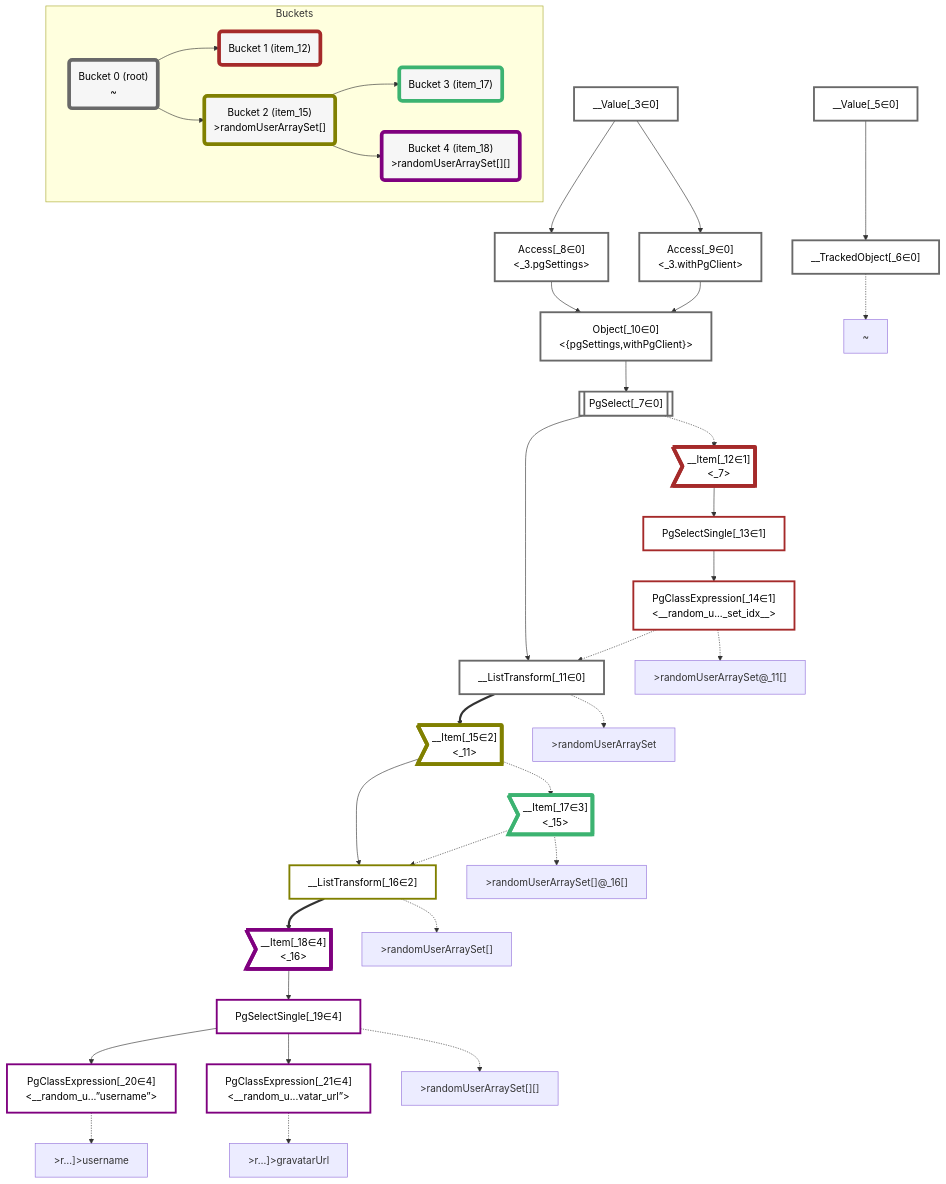
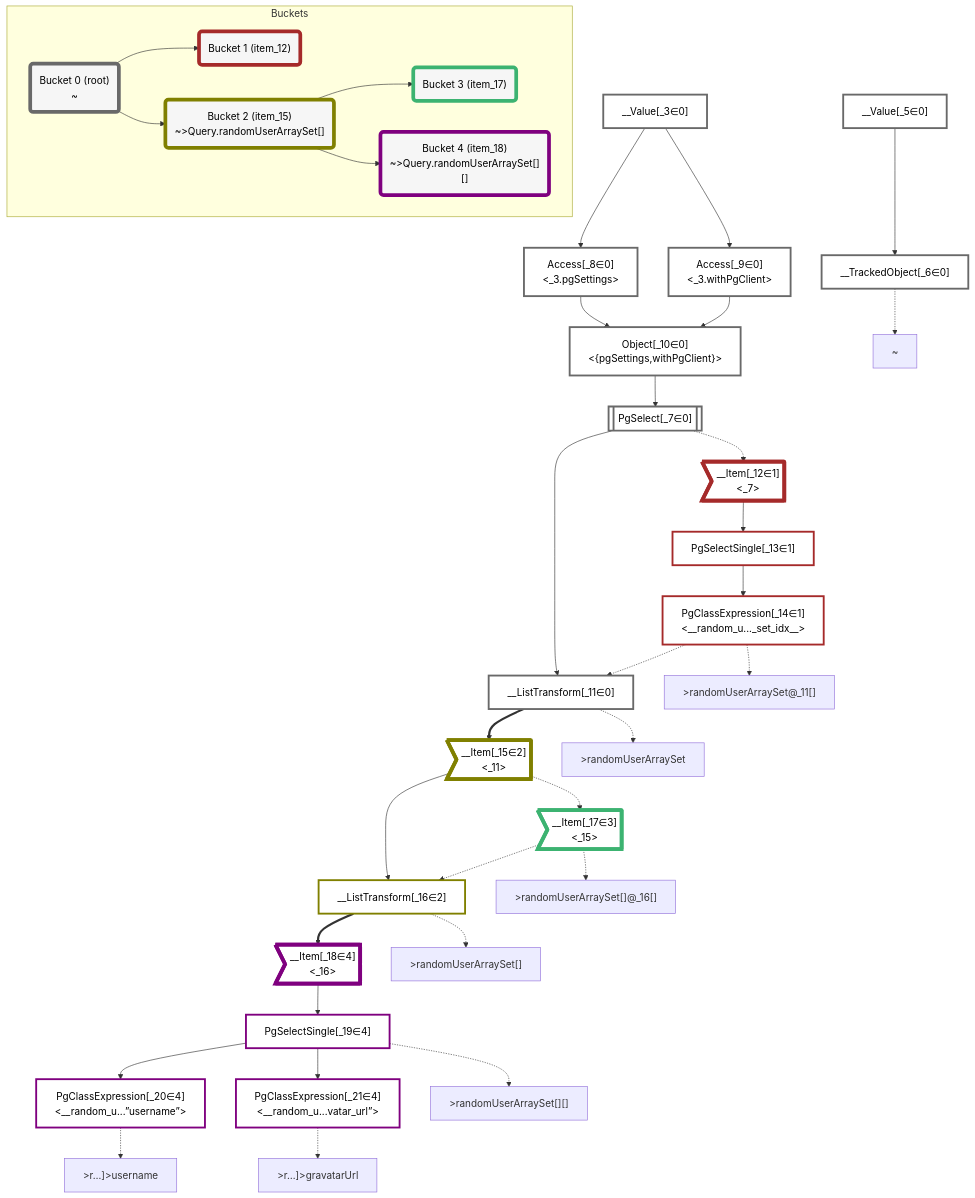
One commit to graphile/crystal changed the diagram in packages/dataplan-pg/__tests__/queries/functions/custom-query-random-user-array-set.deopt.mermaid.md. Above: the diagram before and after it, drawn with Mermaid. The commit also changed 141 other files, not shown here.

```diff
--- a/packages/dataplan-pg/__tests__/queries/functions/custom-query-random-user-array-set.deopt.mermaid.md
+++ b/packages/dataplan-pg/__tests__/queries/functions/custom-query-random-user-array-set.deopt.mermaid.md
@@ -84,13 +84,13 @@
     Bucket1("Bucket 1 (item_12)"):::bucket
     style Bucket1 stroke:#a52a2a
     Bucket0 --> Bucket1
-    Bucket2("Bucket 2 (item_15)<br />>randomUserArraySet[]"):::bucket
+    Bucket2("Bucket 2 (item_15)<br />~>Query.randomUserArraySet[]"):::bucket
     style Bucket2 stroke:#808000
     Bucket0 --> Bucket2
     Bucket3("Bucket 3 (item_17)"):::bucket
     style Bucket3 stroke:#3cb371
     Bucket2 --> Bucket3
-    Bucket4("Bucket 4 (item_18)<br />>randomUserArraySet[][]"):::bucket
+    Bucket4("Bucket 4 (item_18)<br />~>Query.randomUserArraySet[][]"):::bucket
     style Bucket4 stroke:#7f007f
     Bucket2 --> Bucket4
     end
```
